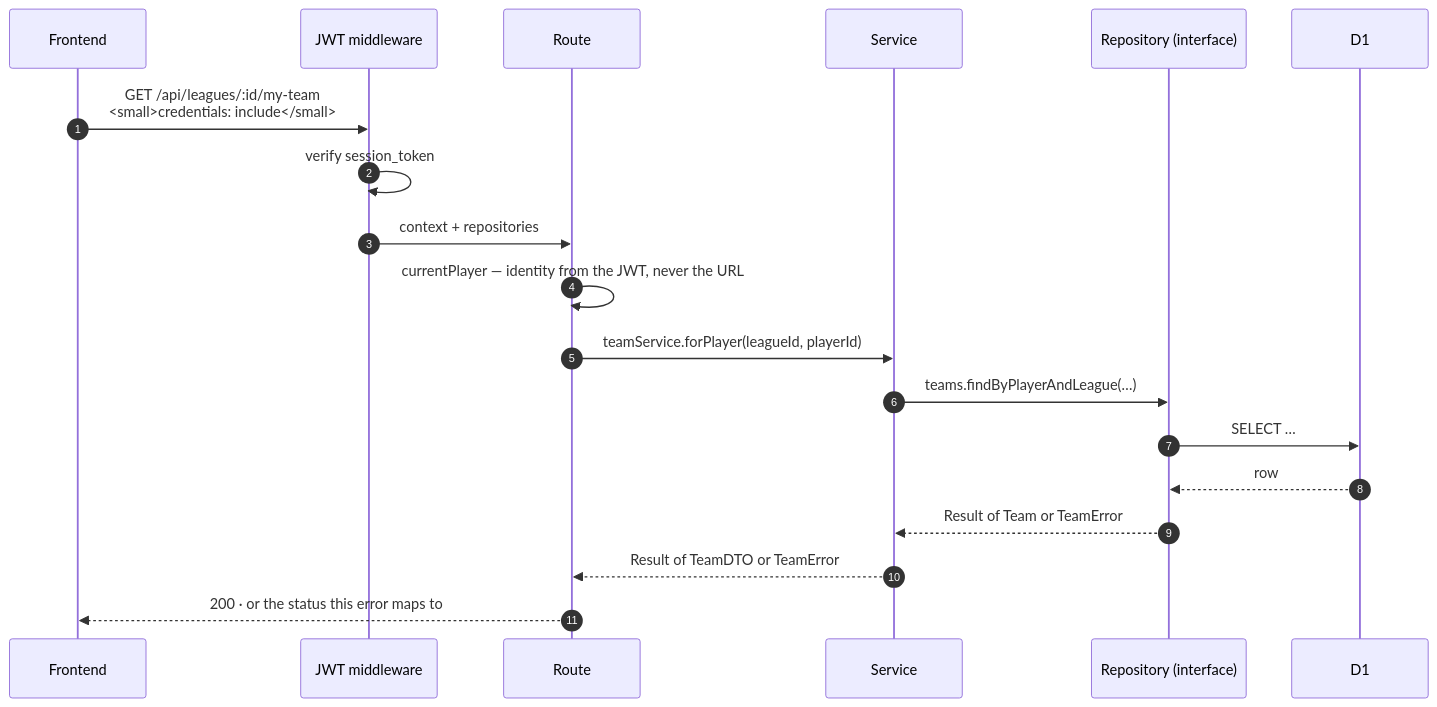
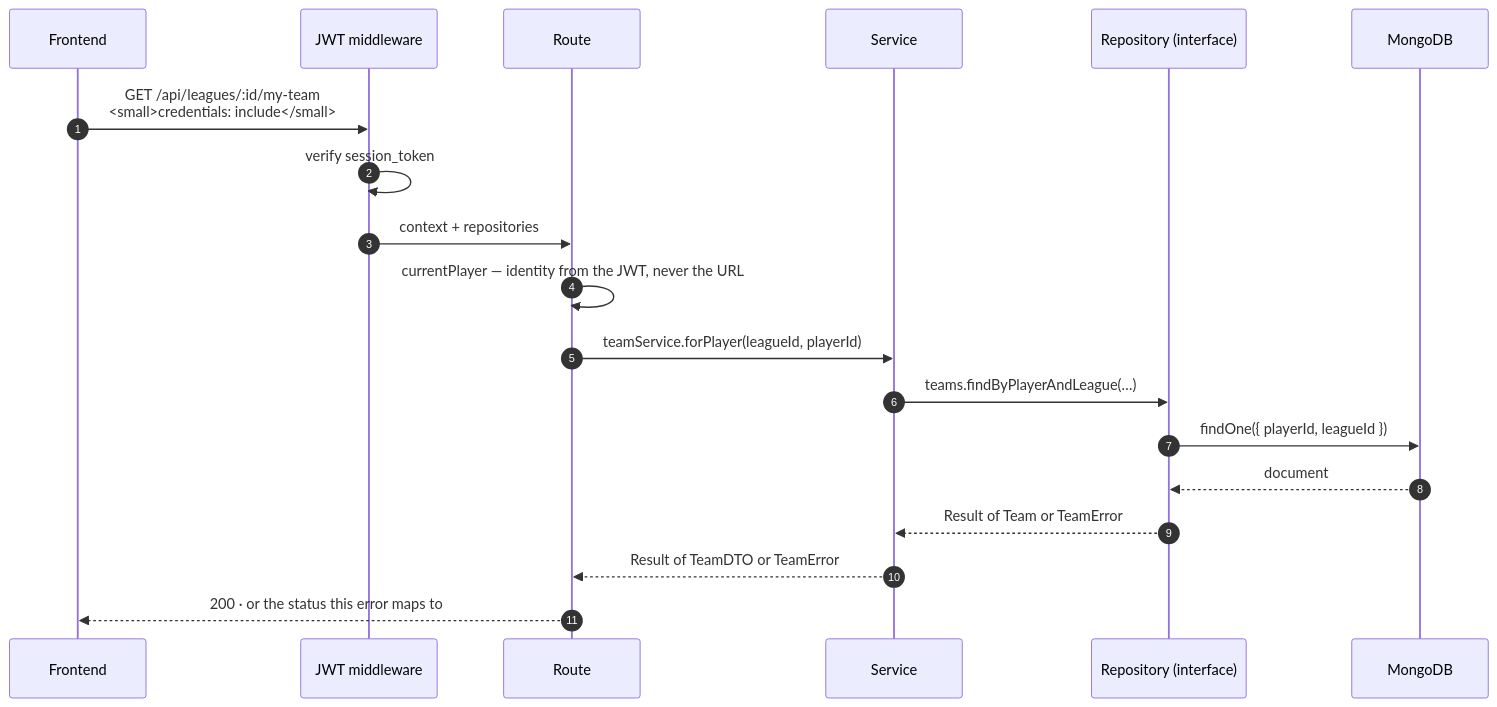
Before and after one commit to FantasyWiki/FantasyWiki: the second of 6 diagrams in docs/site/pages/architecture/data-flow.md, drawn with Mermaid. The commit also changed other lines of this file and 48 other files, not shown here.

````diff
--- a/docs/site/pages/architecture/data-flow.md
+++ b/docs/site/pages/architecture/data-flow.md
@@ -59,22 +67,22 @@
 ```mermaid
 sequenceDiagram
   autonumber
   participant FE as Frontend
   participant MW as JWT middleware
   participant RT as Route
   participant SV as Service
   participant RP as Repository (interface)
-  participant D1 as D1
+  participant DB as MongoDB
 
   FE->>MW: GET /api/leagues/:id/my-team<br/><small>credentials: include</small>
   MW->>MW: verify session_token
   MW->>RT: context + repositories
   RT->>RT: currentPlayer — identity from the JWT, never the URL
   RT->>SV: teamService.forPlayer(leagueId, playerId)
   SV->>RP: teams.findByPlayerAndLeague(…)
-  RP->>D1: SELECT …
-  D1-->>RP: row
+  RP->>DB: findOne({ playerId, leagueId })
+  DB-->>RP: document
   RP-->>SV: Result of Team or TeamError
   SV-->>RT: Result of TeamDTO or TeamError
   RT-->>FE: 200 · or the status this error maps to
 ```
````
